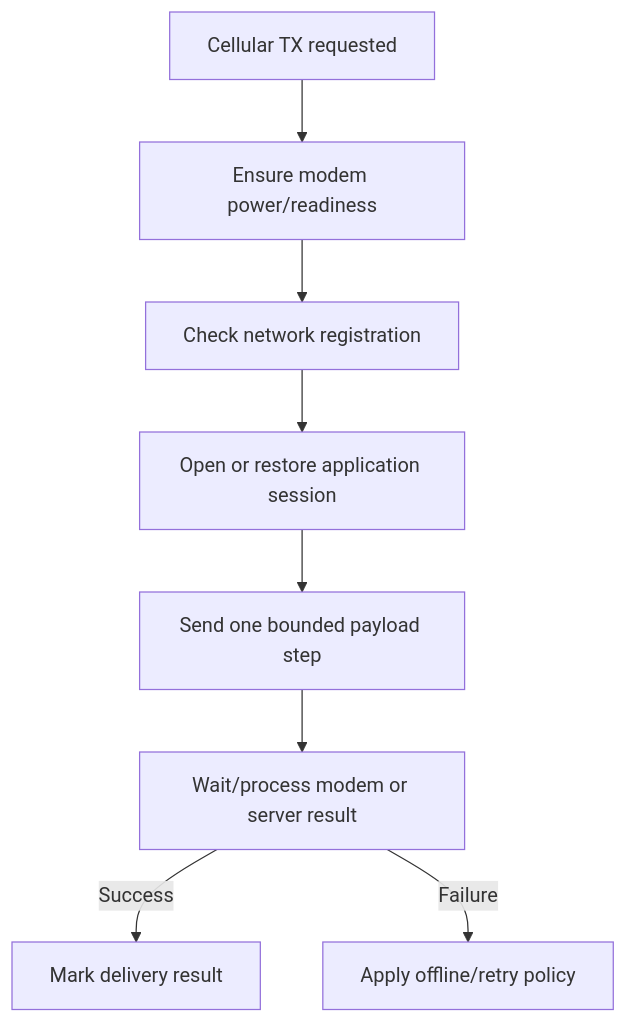
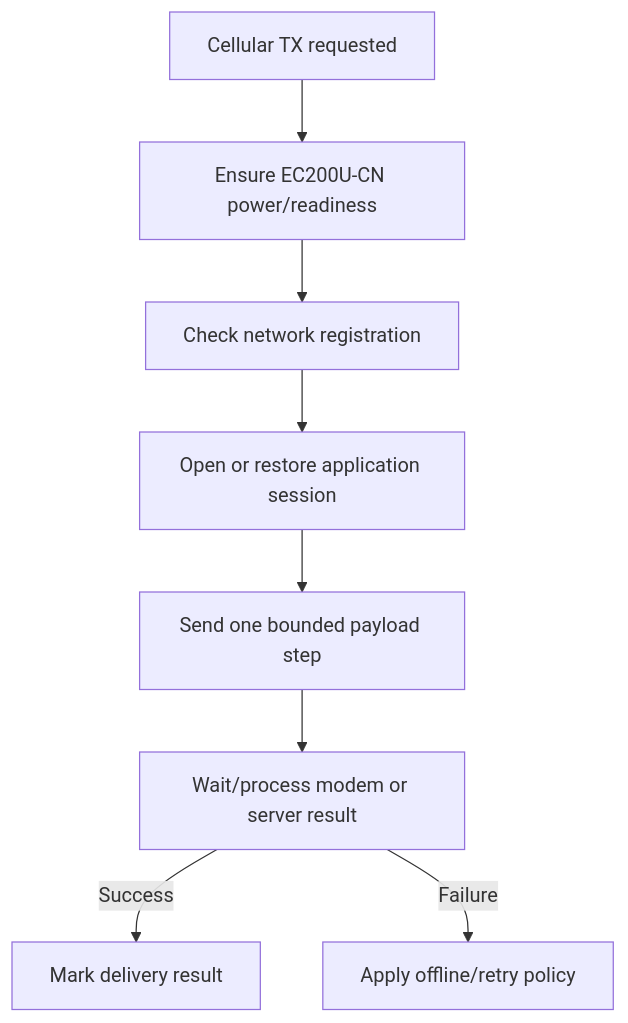
Before and after one commit to whoisLePhuc/smart-water-flow-pressure-monitor: diagram 17 of 23 in 1.docs/00_overview/04_main_operation_flow.md, drawn with Mermaid. The commit also changed other lines of this file and 14 other files, not shown here.

````diff
--- a/1.docs/00_overview/04_main_operation_flow.md
+++ b/1.docs/00_overview/04_main_operation_flow.md
@@ -945,10 +945,10 @@
 ```mermaid
 flowchart TD
-    REQUEST["Cellular TX requested"] --> POWER["Ensure modem power/readiness"]
+    REQUEST["Cellular TX requested"] --> POWER["Ensure EC200U-CN power/readiness"]
     POWER --> REGISTER["Check network registration"]
     REGISTER --> SESSION["Open or restore application session"]
     SESSION --> SEND["Send one bounded payload step"]
     SEND --> RESULT["Wait/process modem or server result"]
     RESULT -->|"Success"| COMPLETE["Mark delivery result"]
     RESULT -->|"Failure"| OFFLINE["Apply offline/retry policy"]
 ```
````
